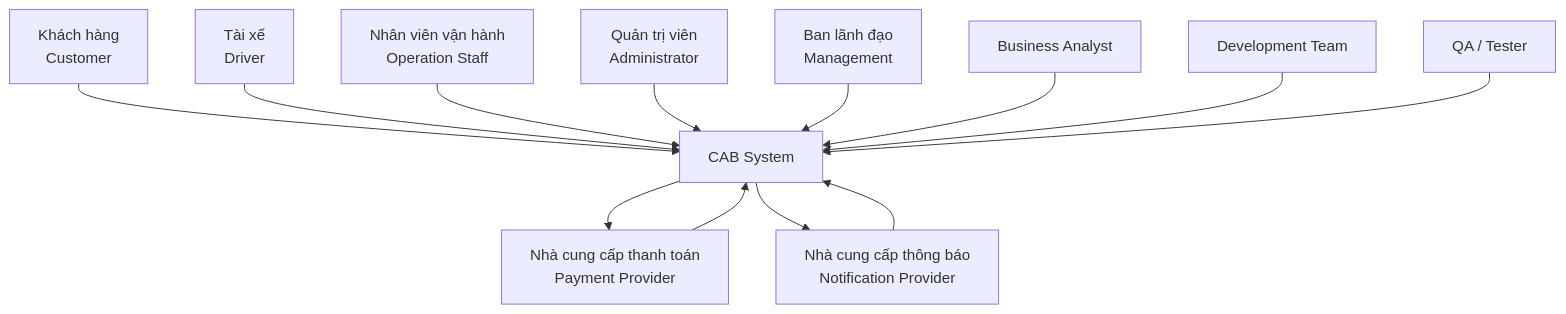
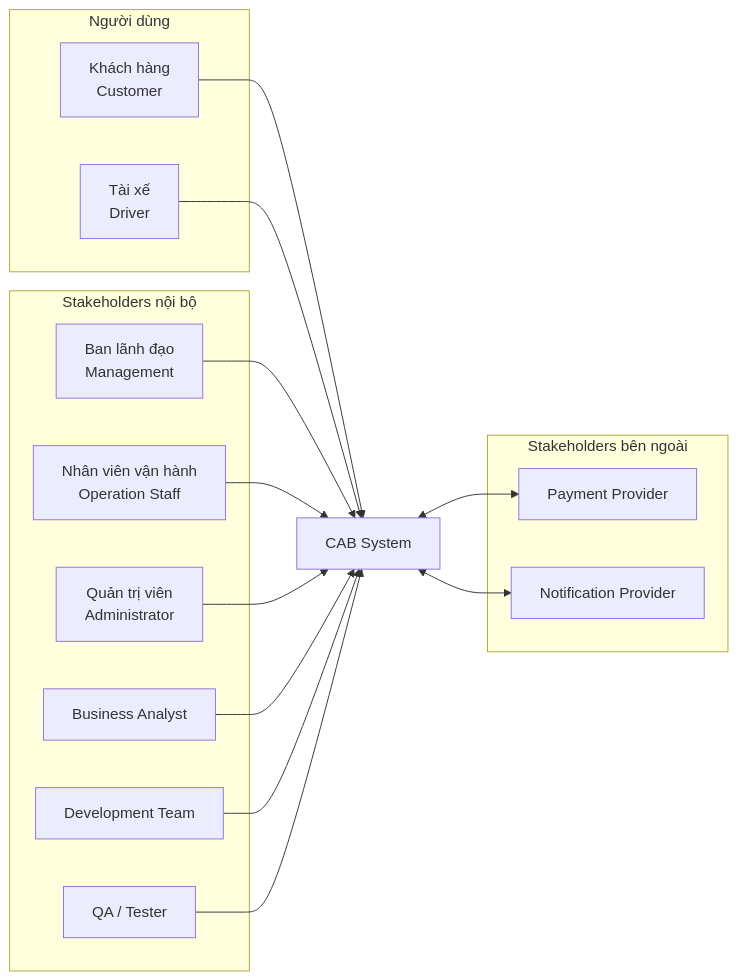
Before and after one commit to ntthuyvy0205-source/23662281_NguyenThiThuyVy_CABSYSTEM: the first of 3 diagrams in SRS.md, drawn with Mermaid. The commit also changed other lines of this file, not shown here.

````diff
--- a/SRS.md
+++ b/SRS.md
@@ -62,34 +64,37 @@
 ```mermaid
-flowchart TB
+flowchart LR
 
     CAB["CAB System"]
 
-    Customer["Khách hàng<br/>Customer"]
-    Driver["Tài xế<br/>Driver"]
-    Operation["Nhân viên vận hành<br/>Operation Staff"]
-    Admin["Quản trị viên<br/>Administrator"]
-    Management["Ban lãnh đạo<br/>Management"]
+    subgraph Internal["Stakeholders nội bộ"]
+        Management["Ban lãnh đạo<br/>Management"]
+        Operation["Nhân viên vận hành<br/>Operation Staff"]
+        Admin["Quản trị viên<br/>Administrator"]
+        BA["Business Analyst"]
+        Dev["Development Team"]
+        QA["QA / Tester"]
+    end
 
-    Payment["Nhà cung cấp thanh toán<br/>Payment Provider"]
-    Notification["Nhà cung cấp thông báo<br/>Notification Provider"]
+    subgraph Users["Người dùng"]
+        Customer["Khách hàng<br/>Customer"]
+        Driver["Tài xế<br/>Driver"]
+    end
 
-    BA["Business Analyst"]
-    Dev["Development Team"]
-    QA["QA / Tester"]
+    subgraph External["Stakeholders bên ngoài"]
+        Payment["Payment Provider"]
+        Notification["Notification Provider"]
+    end
 
     Customer --> CAB
     Driver --> CAB
+
+    Management --> CAB
     Operation --> CAB
     Admin --> CAB
-    Management --> CAB
-
-    CAB --> Payment
-    Payment --> CAB
-
-    CAB --> Notification
-    Notification --> CAB
-
     BA --> CAB
     Dev --> CAB
     QA --> CAB
+
+    CAB <--> Payment
+    CAB <--> Notification
 ```
````
